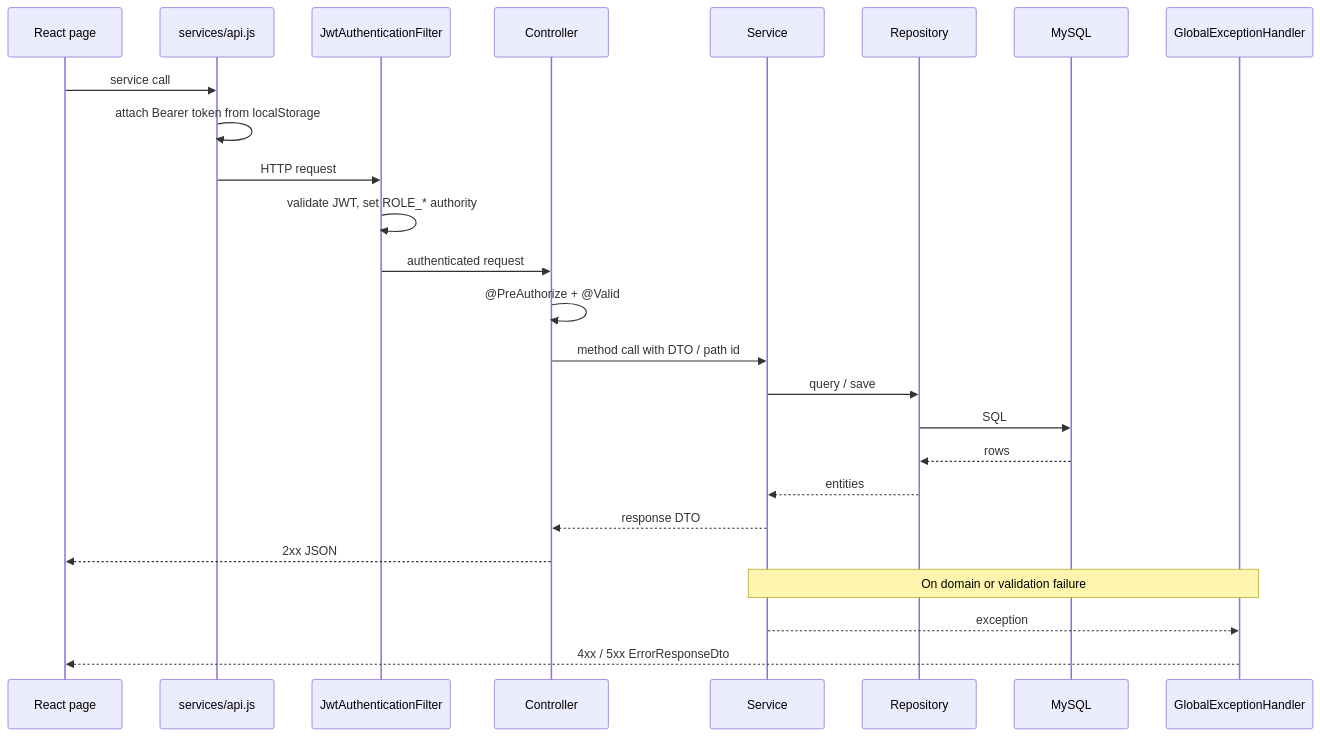
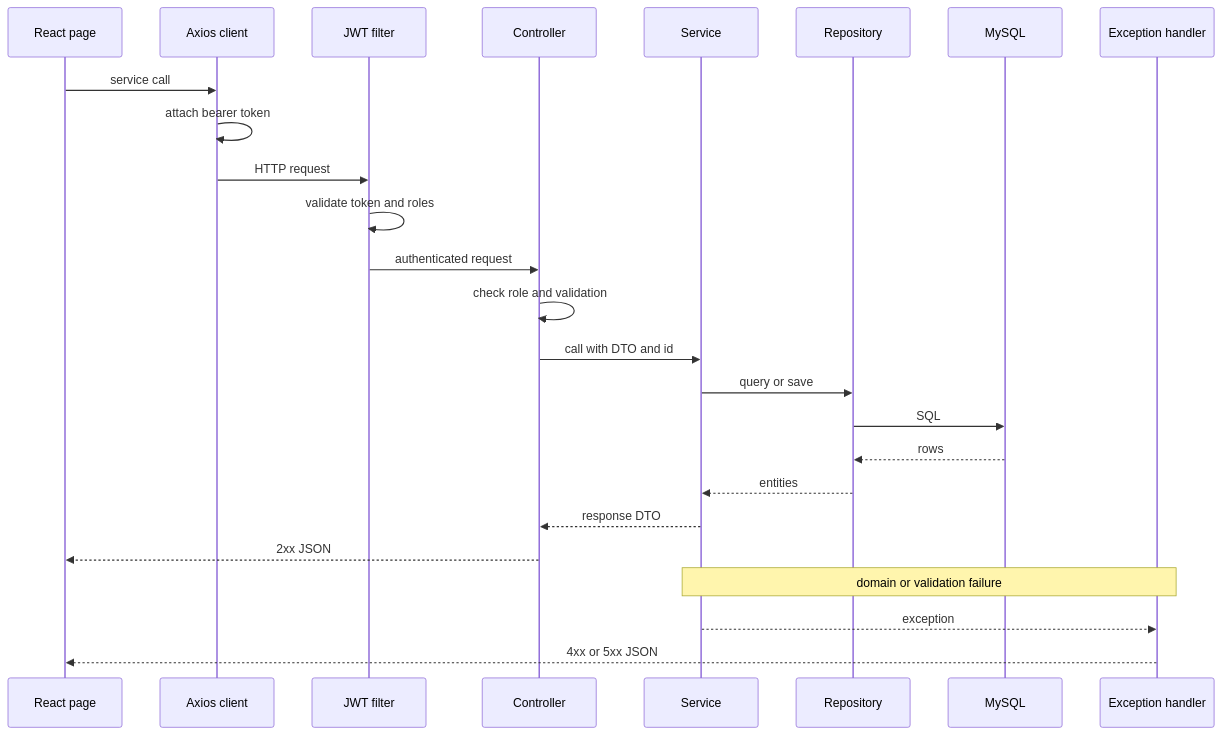
Before and after one commit to Lalmohan04/employee-management-system: the seventh of 10 diagrams in docs/ARCHITECTURE.md, drawn with Mermaid. The commit also changed other lines of this file, not shown here.

First line of the commit message:
docs: fix Mermaid diagrams for GitHub rendering

````diff
--- a/docs/ARCHITECTURE.md
+++ b/docs/ARCHITECTURE.md
@@ -422,29 +344,29 @@
 ```mermaid
 sequenceDiagram
     participant UI as React page
-    participant AX as services/api.js
-    participant F as JwtAuthenticationFilter
+    participant AX as Axios client
+    participant F as JWT filter
     participant C as Controller
     participant S as Service
     participant R as Repository
     participant DB as MySQL
-    participant E as GlobalExceptionHandler
+    participant E as Exception handler
 
     UI->>AX: service call
-    AX->>AX: attach Bearer token from localStorage
+    AX->>AX: attach bearer token
     AX->>F: HTTP request
-    F->>F: validate JWT, set ROLE_* authority
+    F->>F: validate token and roles
     F->>C: authenticated request
-    C->>C: @PreAuthorize + @Valid
-    C->>S: method call with DTO / path id
-    S->>R: query / save
+    C->>C: check role and validation
+    C->>S: call with DTO and id
+    S->>R: query or save
     R->>DB: SQL
     DB-->>R: rows
     R-->>S: entities
     S-->>C: response DTO
     C-->>UI: 2xx JSON
 
-    Note over S,E: On domain or validation failure
+    Note over S,E: domain or validation failure
     S-->>E: exception
-    E-->>UI: 4xx / 5xx ErrorResponseDto
+    E-->>UI: 4xx or 5xx JSON
 ```
````
